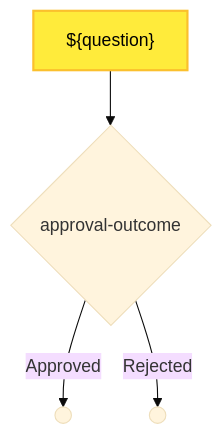
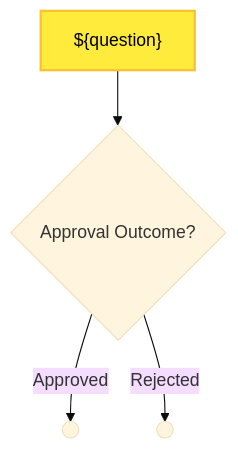
Before and after one commit to optivem/gh-optivem: diagram 46 of 53 in docs/process-diagram.md, drawn with Mermaid (base theme). The commit also changed other lines of this file and 16 other files, not shown here.

Commit message:
atdd: regenerate process-flow diagram

````diff
--- a/docs/process-diagram.md
+++ b/docs/process-diagram.md
@@ -694,14 +725,14 @@
 ```mermaid
 flowchart TD
     APPROVE_OK_END(( ))
     APPROVE_REJECT_END(( ))
     ASK_HUMAN["${question}"]
-    GATE_APPROVED{approval-outcome}
+    GATE_APPROVED{Approval Outcome?}
 
     ASK_HUMAN --> GATE_APPROVED
     GATE_APPROVED -- Approved --> APPROVE_OK_END
     GATE_APPROVED -- Rejected --> APPROVE_REJECT_END
 
     classDef humanNode fill:#ffeb3b,stroke:#fbc02d,stroke-width:2px,color:#000000
     class ASK_HUMAN humanNode
 ```
````
